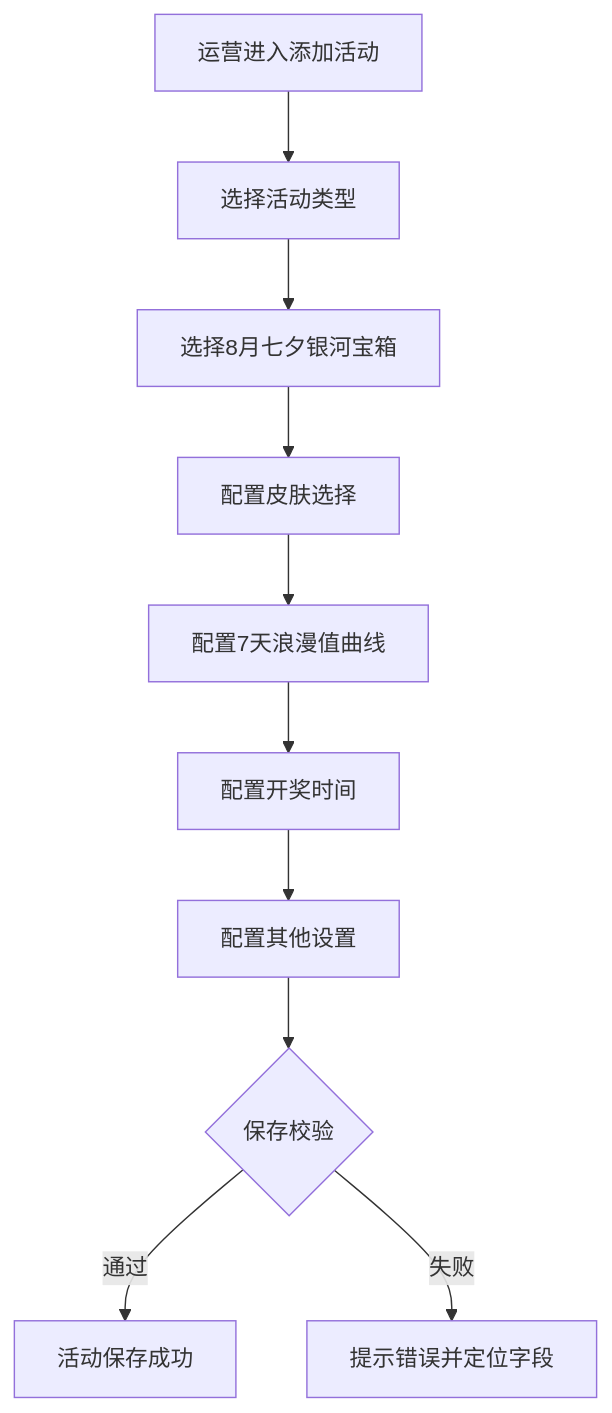
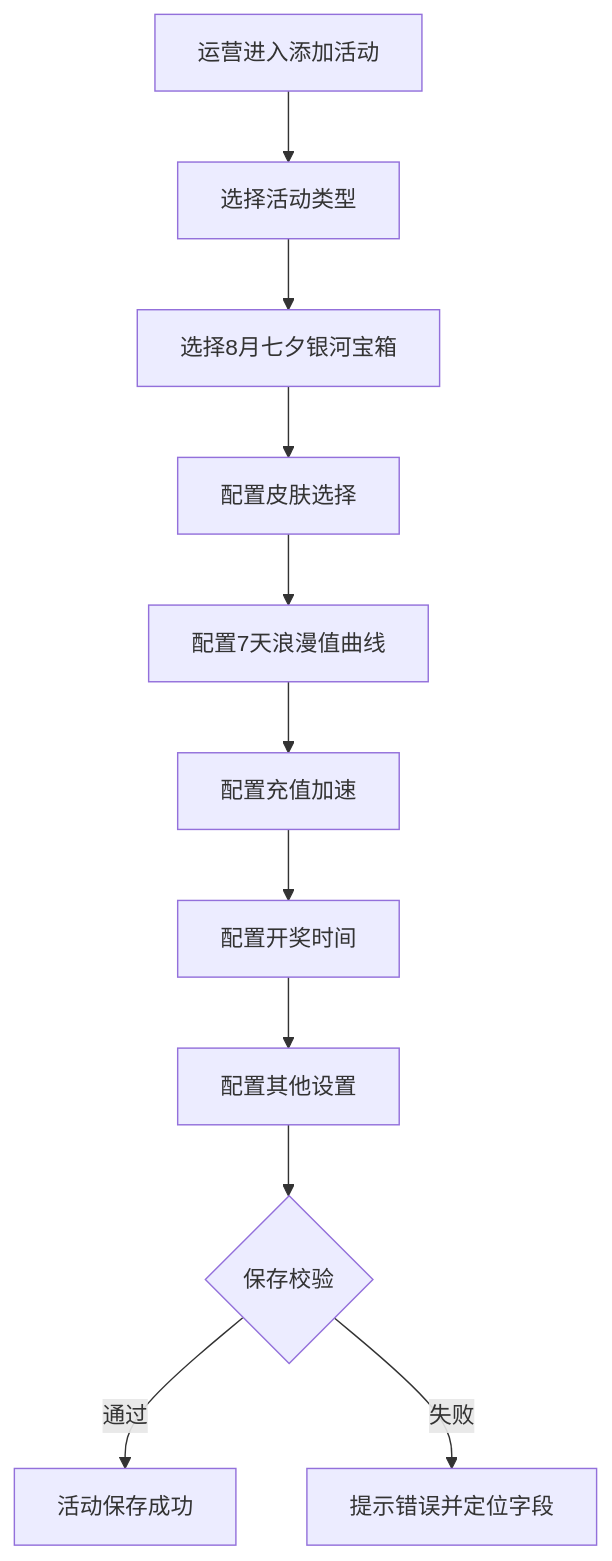
The first of 5 diagrams in PRD_qixi_galaxy_box_activity_2026-07-31.md (bala-luoluo/M3), drawn with Mermaid before and after one commit. The commit also changed other lines of this file and 1 other file, not shown here.

````diff
--- a/PRD_qixi_galaxy_box_activity_2026-07-31.md
+++ b/PRD_qixi_galaxy_box_activity_2026-07-31.md
@@ -152,12 +169,13 @@
 ```mermaid
 flowchart TD
     A[运营进入添加活动] --> B[选择活动类型]
     B --> C[选择8月七夕银河宝箱]
     C --> D[配置皮肤选择]
     D --> E[配置7天浪漫值曲线]
-    E --> F[配置开奖时间]
-    F --> G[配置其他设置]
-    G --> J{保存校验}
+    E --> F[配置充值加速]
+    F --> G[配置开奖时间]
+    G --> H[配置其他设置]
+    H --> J{保存校验}
     J -->|通过| K[活动保存成功]
     J -->|失败| L[提示错误并定位字段]
 ```
````
